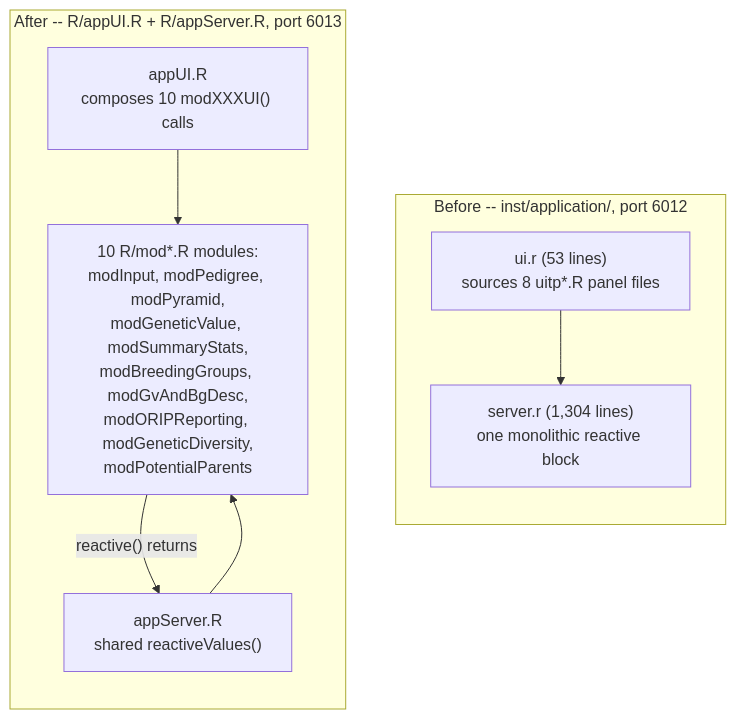
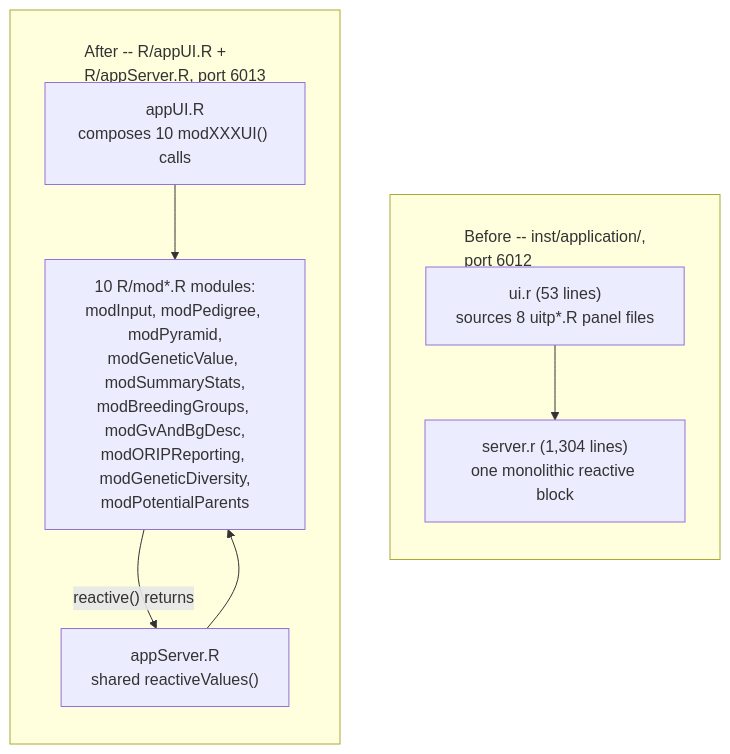
One commit to rmsharp/nprcgenekeepr changed the first of 2 diagrams in vignettes/articles/engineering-the-2.0.0-release.qmd. Above: the diagram before and after it, drawn with Mermaid. The commit also changed 6 other files, not shown here.

First line of the commit message:
fix: S402 -- resolve Figure 2 subgraph-title/node-box text overlap

````diff
--- a/vignettes/articles/engineering-the-2.0.0-release.qmd
+++ b/vignettes/articles/engineering-the-2.0.0-release.qmd
@@ -154,17 +154,18 @@
 ```{mermaid}
+%%{init: {"flowchart": {"subGraphTitleMargin": {"top": 30, "bottom": 5}}}}%%
 flowchart TB
-  subgraph Before["Before -- inst/application/, port 6012"]
+  subgraph Before["Before -- inst/application/,<br/>port 6012"]
     direction TB
     ui1["ui.r (53 lines)<br/>sources 8 uitp*.R panel files"] --> srv1
     srv1["server.r (1,304 lines)<br/>one monolithic reactive block"]
   end
-  subgraph After["After -- R/appUI.R + R/appServer.R, port 6013"]
+  subgraph After["After -- R/appUI.R +<br/>R/appServer.R, port 6013"]
     direction TB
     ui2["appUI.R<br/>composes 10 modXXXUI() calls"]
     srv2["appServer.R<br/>shared reactiveValues()"]
     mods["10 R/mod*.R modules:<br/>modInput, modPedigree, modPyramid,<br/>modGeneticValue, modSummaryStats,<br/>modBreedingGroups, modGvAndBgDesc,<br/>modORIPReporting, modGeneticDiversity,<br/>modPotentialParents"]
     ui2 --> mods
     srv2 --> mods
     mods -- "reactive() returns" --> srv2
   end
 ```
````
